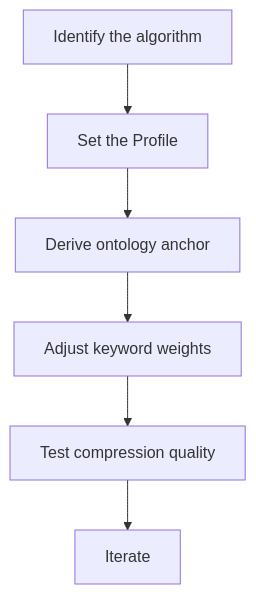
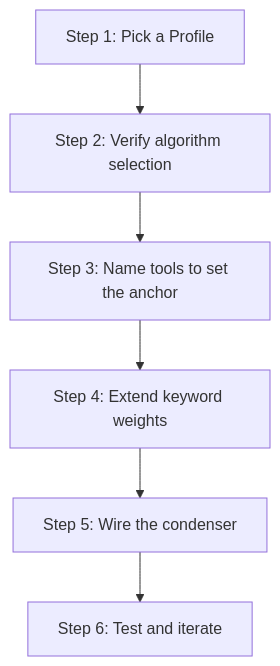
The diagram in kask/docs/diataxis/hkask-condenser/how-to.md (mdz-axo/zed-kask), drawn with Mermaid before and after one commit. The commit also changed other lines of this file and 41 other files, not shown here.

````diff
--- a/kask/docs/diataxis/hkask-condenser/how-to.md
+++ b/kask/docs/diataxis/hkask-condenser/how-to.md
@@ -34,8 +46,8 @@
 ```mermaid
 flowchart TD
-    A[Identify the algorithm] --> B[Set the Profile]
-    B --> C[Derive ontology anchor]
-    C --> D[Adjust keyword weights]
-    D --> E[Test compression quality]
-    E --> F[Iterate]
+    A[Step 1: Pick a Profile] --> B[Step 2: Verify algorithm selection]
+    B --> C[Step 3: Name tools to set the anchor]
+    C --> D[Step 4: Extend keyword weights]
+    D --> E[Step 5: Wire the condenser]
+    E --> F[Step 6: Test and iterate]
 ```
````
